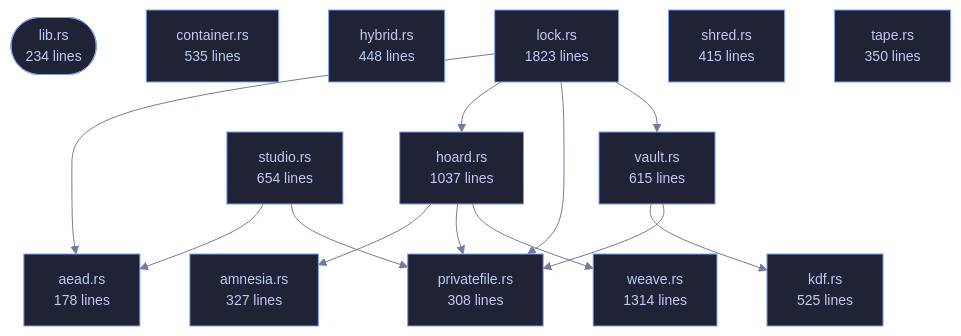
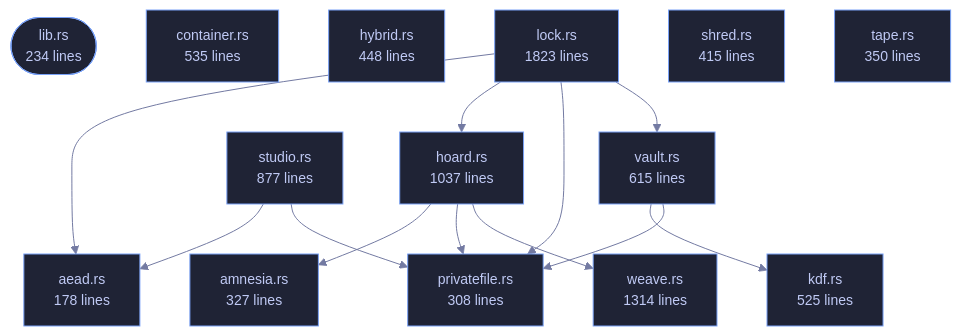
The diagram in wiki/Crate-veilvoice-crypto.md (tilas01/veilvoice), drawn with Mermaid before and after one commit. The commit also changed other lines of this file and 15 other files, not shown here.

````diff
--- a/wiki/Crate-veilvoice-crypto.md
+++ b/wiki/Crate-veilvoice-crypto.md
@@ -95,43 +95,43 @@
 ```mermaid
 %%{init: {"theme":"base","themeVariables":{"background":"#1a1b26","primaryColor":"#1f2335","primaryTextColor":"#c0caf5","primaryBorderColor":"#7aa2f7","secondaryColor":"#16161e","tertiaryColor":"#16161e","lineColor":"#737aa2","textColor":"#c0caf5","mainBkg":"#1f2335","nodeBorder":"#7aa2f7","clusterBkg":"#16161e","clusterBorder":"#2f3549","fontFamily":"ui-monospace, SFMono-Regular, Consolas, monospace","fontSize":"14px"}}}%%
 flowchart TD
     n_lib(["lib.rs<br/>234 lines"])
     n_aead["aead.rs<br/>178 lines"]
     n_amnesia["amnesia.rs<br/>327 lines"]
     n_container["container.rs<br/>535 lines"]
     n_hoard["hoard.rs<br/>1037 lines"]
     n_hybrid["hybrid.rs<br/>448 lines"]
     n_kdf["kdf.rs<br/>525 lines"]
     n_lock["lock.rs<br/>1823 lines"]
     n_privatefile["privatefile.rs<br/>308 lines"]
     n_shred["shred.rs<br/>415 lines"]
-    n_studio["studio.rs<br/>654 lines"]
+    n_studio["studio.rs<br/>877 lines"]
     n_tape["tape.rs<br/>350 lines"]
     n_vault["vault.rs<br/>615 lines"]
     n_weave["weave.rs<br/>1314 lines"]
     n_hoard --> n_amnesia
     n_hoard --> n_privatefile
     n_hoard --> n_weave
     n_lock --> n_aead
     n_lock --> n_hoard
     n_lock --> n_privatefile
     n_lock --> n_vault
     n_studio --> n_aead
     n_studio --> n_privatefile
     n_vault --> n_kdf
     n_vault --> n_privatefile
     click n_lib href "https://github.com/tilas01/veilvoice/blob/main/crates/veilvoice-crypto/src/lib.rs" "open the source"
     click n_aead href "https://github.com/tilas01/veilvoice/blob/main/crates/veilvoice-crypto/src/aead.rs" "open the source"
     click n_amnesia href "https://github.com/tilas01/veilvoice/blob/main/crates/veilvoice-crypto/src/amnesia.rs" "open the source"
     click n_container href "https://github.com/tilas01/veilvoice/blob/main/crates/veilvoice-crypto/src/container.rs" "open the source"
     click n_hoard href "https://github.com/tilas01/veilvoice/blob/main/crates/veilvoice-crypto/src/hoard.rs" "open the source"
     click n_hybrid href "https://github.com/tilas01/veilvoice/blob/main/crates/veilvoice-crypto/src/hybrid.rs" "open the source"
     click n_kdf href "https://github.com/tilas01/veilvoice/blob/main/crates/veilvoice-crypto/src/kdf.rs" "open the source"
     click n_lock href "https://github.com/tilas01/veilvoice/blob/main/crates/veilvoice-crypto/src/lock.rs" "open the source"
     click n_privatefile href "https://github.com/tilas01/veilvoice/blob/main/crates/veilvoice-crypto/src/privatefile.rs" "open the source"
     click n_shred href "https://github.com/tilas01/veilvoice/blob/main/crates/veilvoice-crypto/src/shred.rs" "open the source"
     click n_studio href "https://github.com/tilas01/veilvoice/blob/main/crates/veilvoice-crypto/src/studio.rs" "open the source"
     click n_tape href "https://github.com/tilas01/veilvoice/blob/main/crates/veilvoice-crypto/src/tape.rs" "open the source"
     click n_vault href "https://github.com/tilas01/veilvoice/blob/main/crates/veilvoice-crypto/src/vault.rs" "open the source"
     click n_weave href "https://github.com/tilas01/veilvoice/blob/main/crates/veilvoice-crypto/src/weave.rs" "open the source"
 ```
````
